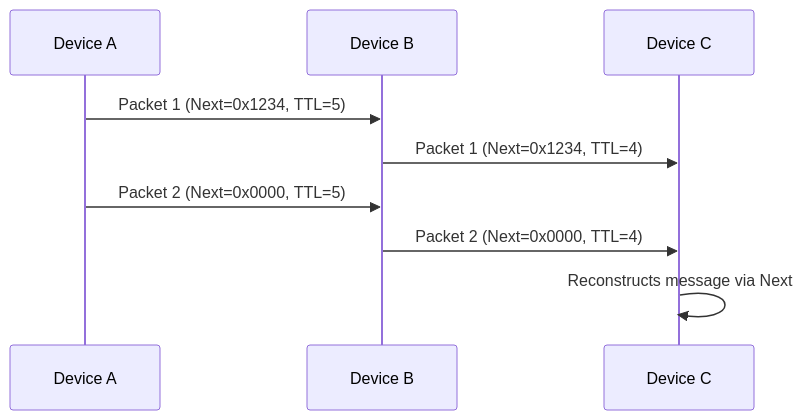
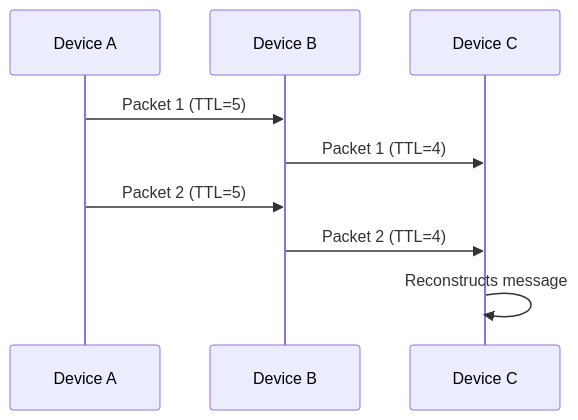
Before and after one commit to 4surix/honeybee: the diagram in PROTOCOL.md, drawn with Mermaid. The commit also changed other lines of this file and 11 other files, not shown here.

````diff
--- a/PROTOCOL.md
+++ b/PROTOCOL.md
@@ -50,12 +50,12 @@
 ```mermaid
 sequenceDiagram
     participant A as Device A
     participant B as Device B
     participant C as Device C
 
-    A->>B: Packet 1 (Next=0x1234, TTL=5)
-    B->>C: Packet 1 (Next=0x1234, TTL=4)
-    A->>B: Packet 2 (Next=0x0000, TTL=5)
-    B->>C: Packet 2 (Next=0x0000, TTL=4)
-    C->>C: Reconstructs message via Next
+    A->>B: Packet 1 (TTL=5)
+    B->>C: Packet 1 (TTL=4)
+    A->>B: Packet 2 (TTL=5)
+    B->>C: Packet 2 (TTL=4)
+    C->>C: Reconstructs message
 ```
````
